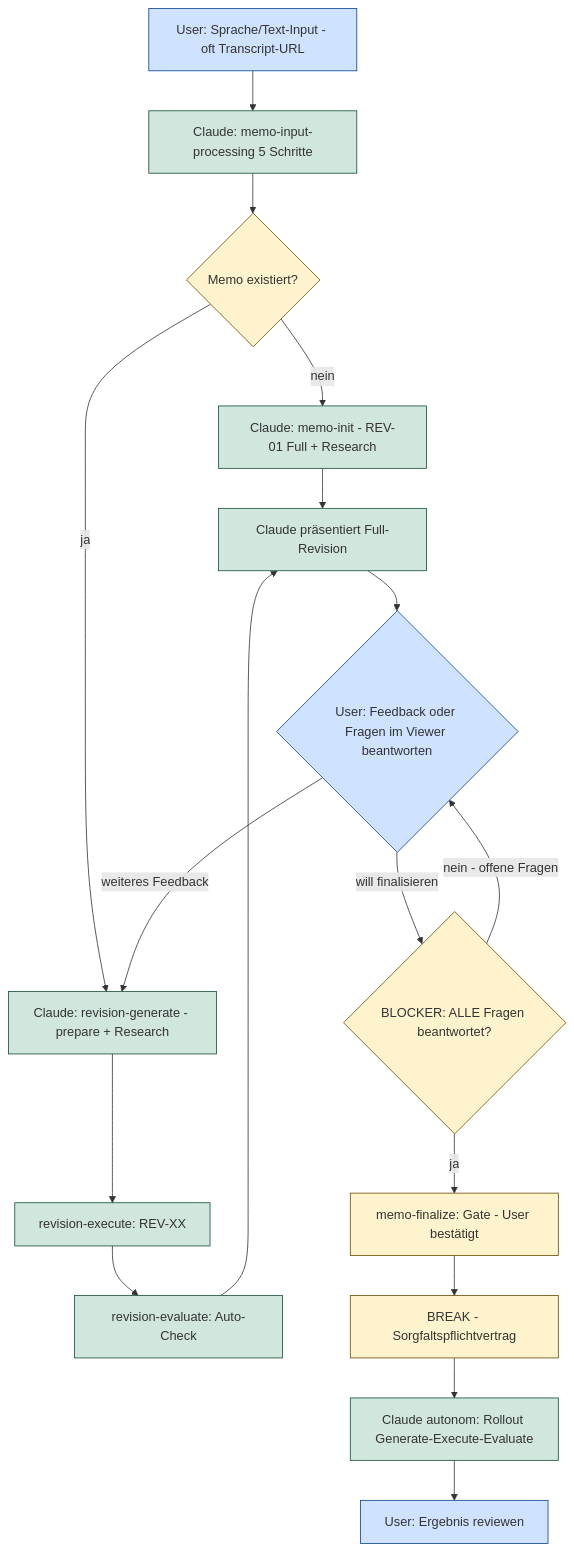
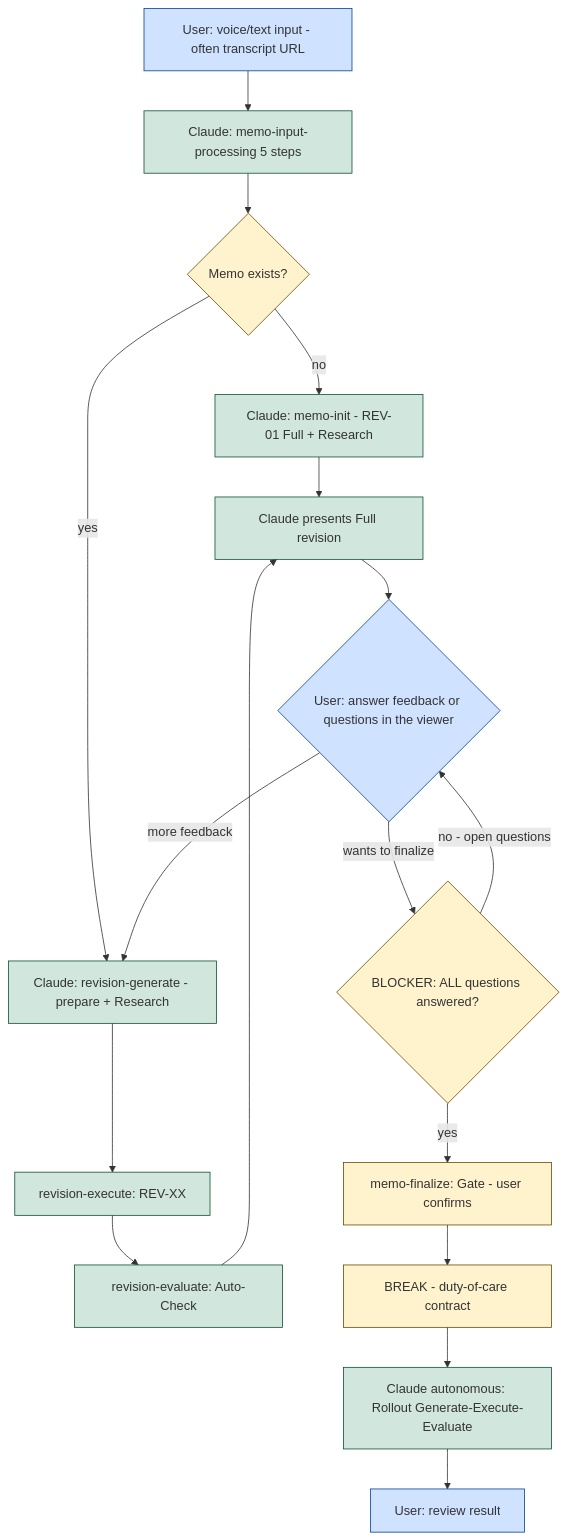
One commit to Memo-Init/spec changed the diagram in generated/docs-payload/21-human-computer-interaction.md. Above: the diagram before and after it, drawn with Mermaid. The commit also changed other lines of this file and 76 other files, not shown here.

````diff
--- a/generated/docs-payload/21-human-computer-interaction.md
+++ b/generated/docs-payload/21-human-computer-interaction.md
@@ -32,22 +24,22 @@
 ```mermaid
 flowchart TD
-    U1[User: Sprache/Text-Input - oft Transcript-URL]:::user --> C1[Claude: memo-input-processing 5 Schritte]:::ai
-    C1 --> D1{Memo existiert?}:::gate
-    D1 -->|nein| C2[Claude: memo-init - REV-01 Full + Research]:::ai
-    D1 -->|ja| C3[Claude: revision-generate - prepare + Research]:::ai
-    C2 --> P1[Claude präsentiert Full-Revision]:::ai
+    U1[User: voice/text input - often transcript URL]:::user --> C1[Claude: memo-input-processing 5 steps]:::ai
+    C1 --> D1{Memo exists?}:::gate
+    D1 -->|no| C2[Claude: memo-init - REV-01 Full + Research]:::ai
+    D1 -->|yes| C3[Claude: revision-generate - prepare + Research]:::ai
+    C2 --> P1[Claude presents Full revision]:::ai
     C3 --> C4[revision-execute: REV-XX]:::ai
     C4 --> C5[revision-evaluate: Auto-Check]:::ai
     C5 --> P1
-    P1 --> U2{User: Feedback oder Fragen im Viewer beantworten}:::user
-    U2 -->|weiteres Feedback| C3
-    U2 -->|will finalisieren| Q{BLOCKER: ALLE Fragen beantwortet?}:::gate
-    Q -->|nein - offene Fragen| U2
-    Q -->|ja| G1[memo-finalize: Gate - User bestätigt]:::gate
-    G1 --> B1[BREAK - Sorgfaltspflichtvertrag]:::gate
-    B1 --> C6[Claude autonom: Rollout Generate-Execute-Evaluate]:::ai
-    C6 --> U3[User: Ergebnis reviewen]:::user
+    P1 --> U2{User: answer feedback or questions in the viewer}:::user
+    U2 -->|more feedback| C3
+    U2 -->|wants to finalize| Q{BLOCKER: ALL questions answered?}:::gate
+    Q -->|no - open questions| U2
+    Q -->|yes| G1[memo-finalize: Gate - user confirms]:::gate
+    G1 --> B1[BREAK - duty-of-care contract]:::gate
+    B1 --> C6[Claude autonomous: Rollout Generate-Execute-Evaluate]:::ai
+    C6 --> U3[User: review result]:::user
     classDef user fill:#cfe2ff,stroke:#084298
     classDef ai fill:#d1e7dd,stroke:#0f5132
     classDef gate fill:#fff3cd,stroke:#664d03
 ```
````
